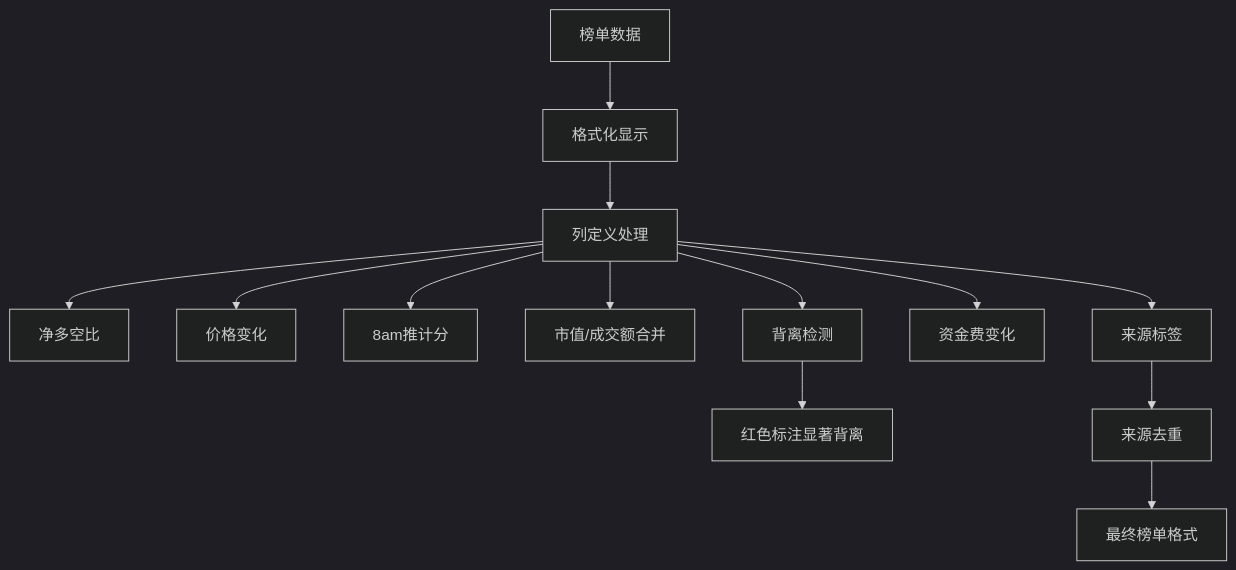
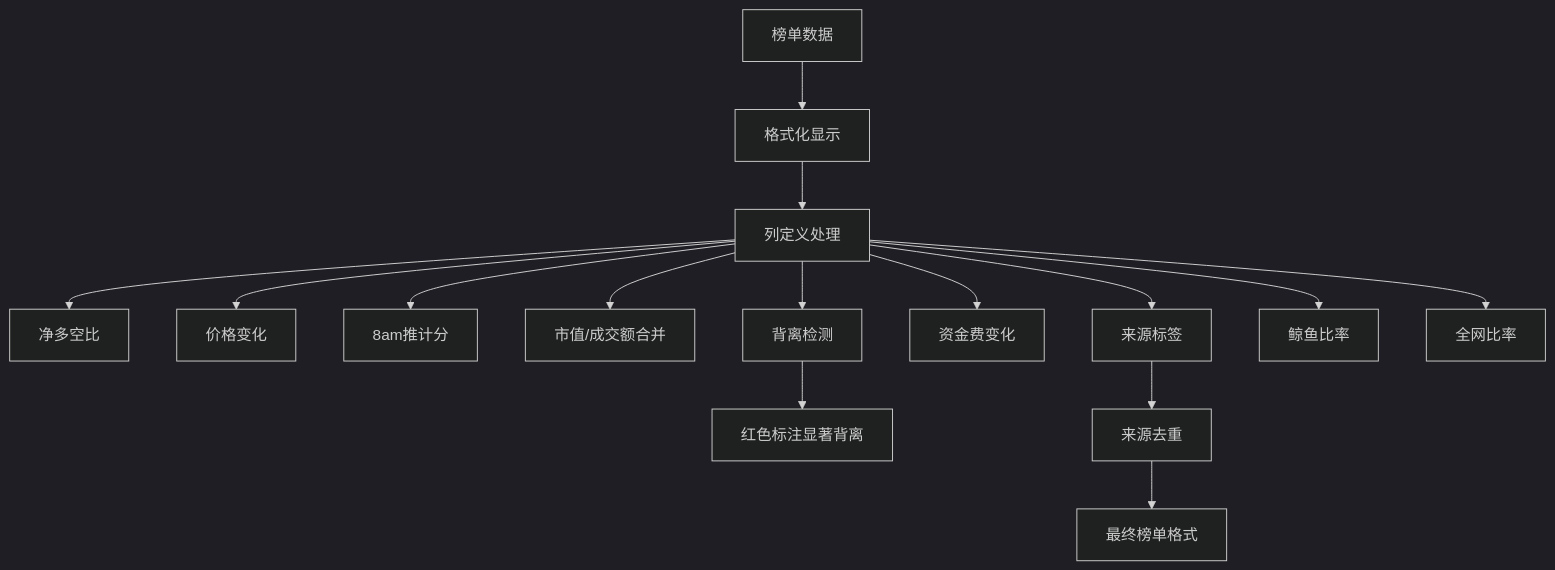
Diagram 15 of 18 in .qoder/repowiki/zh/content/核心功能模块/聪明钱监控系统/聪明钱监控系统.md (kekexilinan/BinaceSmart), drawn with Mermaid (dark theme) before and after one commit. The commit also changed other lines of this file and 56 other files, not shown here.

````diff
--- a/.qoder/repowiki/zh/content/核心功能模块/聪明钱监控系统/聪明钱监控系统.md
+++ b/.qoder/repowiki/zh/content/核心功能模块/聪明钱监控系统/聪明钱监控系统.md
@@ -627,15 +639,17 @@
 ```mermaid
 flowchart TD
 Input["榜单数据"] --> Format["格式化显示"]
 Format --> Columns["列定义处理"]
 Columns --> Ratio["净多空比"]
 Columns --> Price["价格变化"]
 Columns --> Hints8am["8am推计分"]
 Columns --> McVolume["市值/成交额合并"]
 Columns --> Divergence["背离检测"]
 Columns --> Funding["资金费变化"]
 Columns --> Sources["来源标签"]
+Columns --> WhaleRatio["鲸鱼比率"]
+Columns --> GlobalRatio["全网比率"]
 Divergence --> Highlight["红色标注显著背离"]
 Sources --> Dedupe["来源去重"]
 Dedupe --> Output["最终榜单格式"]
 ```
````
